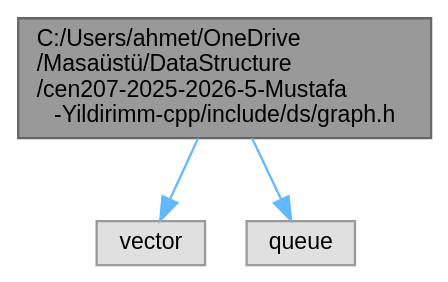
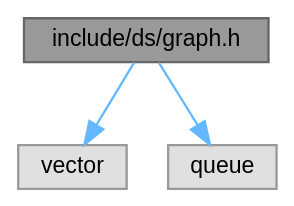
One commit to mustafayldrnn/cen207-2025-2026-5-Mustafa-Yildirimm-cpp changed the diagram in docs/doxygenlibwin/rtf/graph_8h__incl.dot. Above: the diagram before and after it, drawn with Graphviz. The commit also changed 861 other files, not shown here.

```diff
--- a/docs/doxygenlibwin/rtf/graph_8h__incl.dot
+++ b/docs/doxygenlibwin/rtf/graph_8h__incl.dot
@@ -1,13 +1,13 @@
-digraph "C:/Users/ahmet/OneDrive/Masaüstü/DataStructure/cen207-2025-2026-5-Mustafa-Yildirimm-cpp/include/ds/graph.h"
+digraph "include/ds/graph.h"
 {
  // INTERACTIVE_SVG=YES
  // LATEX_PDF_SIZE
   bgcolor="transparent";
   edge [fontname=Helvetica,fontsize=10,labelfontname=Helvetica,labelfontsize=10];
   node [fontname=Helvetica,fontsize=10,shape=box,height=0.2,width=0.4];
-  Node1 [id="Node000001",label="C:/Users/ahmet/OneDrive\l/Masaüstü/DataStructure\l/cen207-2025-2026-5-Mustafa\l-Yildirimm-cpp/include/ds/graph.h",height=0.2,width=0.4,color="gray40", fillcolor="grey60", style="filled", fontcolor="black",tooltip="Basit yönlü/yönsüz grafik yardımcıları."];
+  Node1 [id="Node000001",label="include/ds/graph.h",height=0.2,width=0.4,color="gray40", fillcolor="grey60", style="filled", fontcolor="black",tooltip="Basit yönlü/yönsüz grafik yardımcıları."];
   Node1 -> Node2 [id="edge5_Node000001_Node000002",color="steelblue1",style="solid",tooltip=" "];
   Node2 [id="Node000002",label="vector",height=0.2,width=0.4,color="grey60", fillcolor="#E0E0E0", style="filled",tooltip=" "];
   Node1 -> Node3 [id="edge6_Node000001_Node000003",color="steelblue1",style="solid",tooltip=" "];
   Node3 [id="Node000003",label="queue",height=0.2,width=0.4,color="grey60", fillcolor="#E0E0E0", style="filled",tooltip=" "];
 }
```
